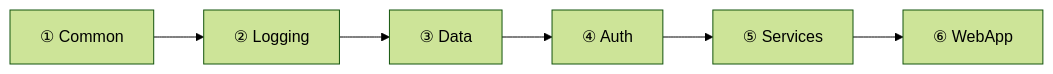
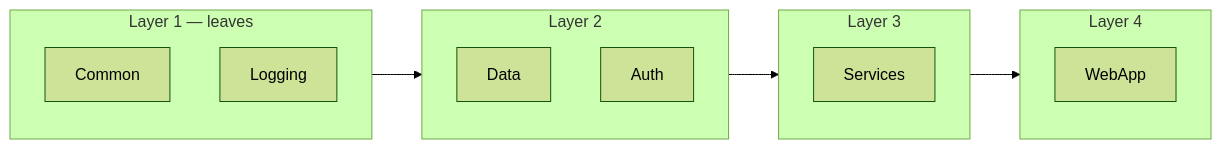
Before and after one commit to twsouthwick/fx2dotnet: the third of 3 diagrams in README.md, drawn with Mermaid (forest theme). The commit also changed other lines of this file, not shown here.

Commit message:
docs: update README to describe dependency layer traversal

````diff
--- a/README.md
+++ b/README.md
@@ -248,11 +256,19 @@
 ```mermaid
 flowchart LR
-    step1["① Common"]
-    step2["② Logging"]
-    step3["③ Data"]
-    step4["④ Auth"]
-    step5["⑤ Services"]
-    step6["⑥ WebApp"]
+    subgraph Layer1 ["Layer 1 — leaves"]
+        Common
+        Logging
+    end
+    subgraph Layer2 ["Layer 2"]
+        Data
+        Auth
+    end
+    subgraph Layer3 ["Layer 3"]
+        Services
+    end
+    subgraph Layer4 ["Layer 4"]
+        WebApp
+    end
 
-    step1 --> step2 --> step3 --> step4 --> step5 --> step6
+    Layer1 --> Layer2 --> Layer3 --> Layer4
 ```
````
